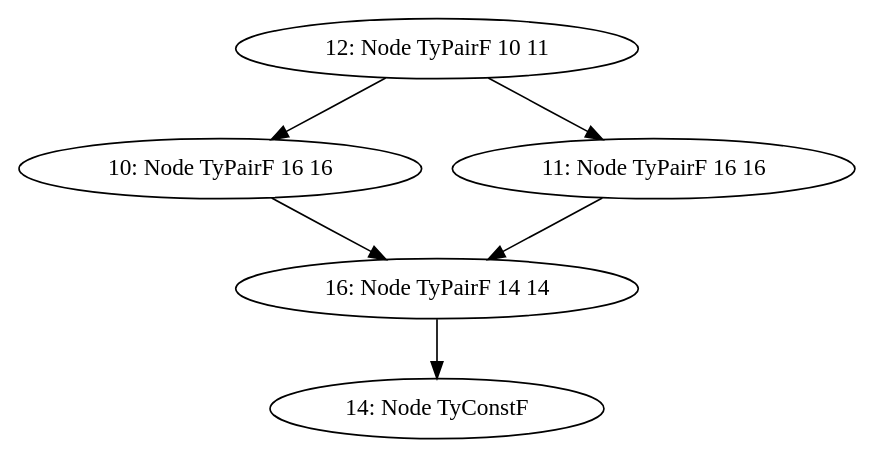
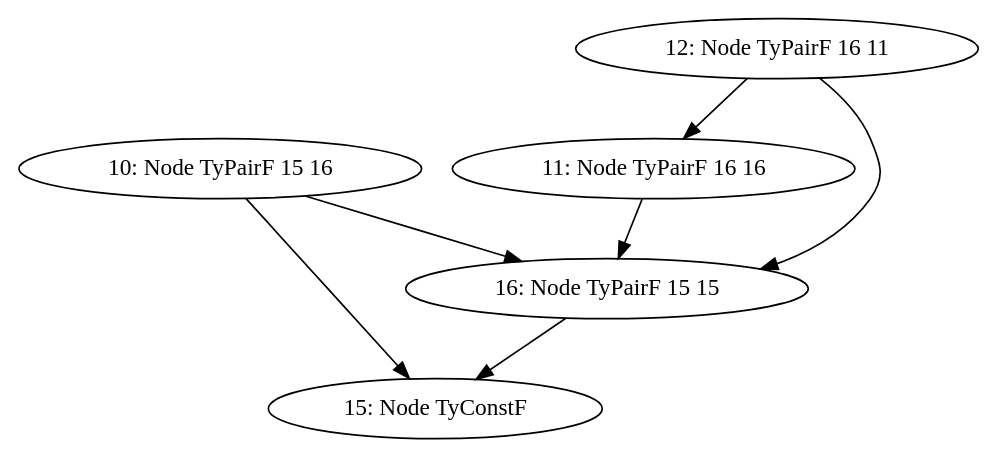
One commit to ejconlon/uniter changed the diagram in dot/exponential-processed.dot. Above: the diagram before and after it, drawn with Graphviz. The commit also changed 13 other files, not shown here.

```diff
--- a/dot/exponential-processed.dot
+++ b/dot/exponential-processed.dot
@@ -1,13 +1,14 @@
 digraph 
 {
-  "10" [label="10: Node TyPairF 16 16"]
+  "10" [label="10: Node TyPairF 15 16"]
   "11" [label="11: Node TyPairF 16 16"]
-  "12" [label="12: Node TyPairF 10 11"]
-  "14" [label="14: Node TyConstF"]
-  "16" [label="16: Node TyPairF 14 14"]
+  "12" [label="12: Node TyPairF 16 11"]
+  "15" [label="15: Node TyConstF"]
+  "16" [label="16: Node TyPairF 15 15"]
+  "10" -> "15"
   "10" -> "16"
   "11" -> "16"
-  "12" -> "10"
   "12" -> "11"
-  "16" -> "14"
+  "12" -> "16"
+  "16" -> "15"
 }
```
